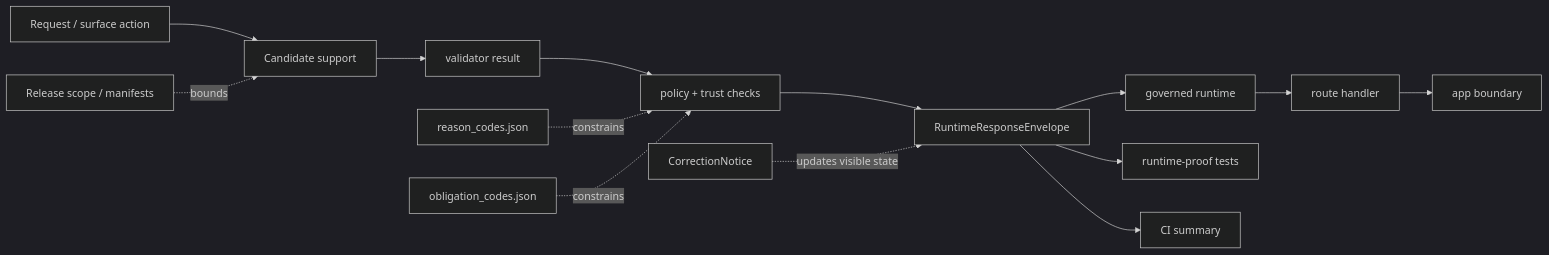
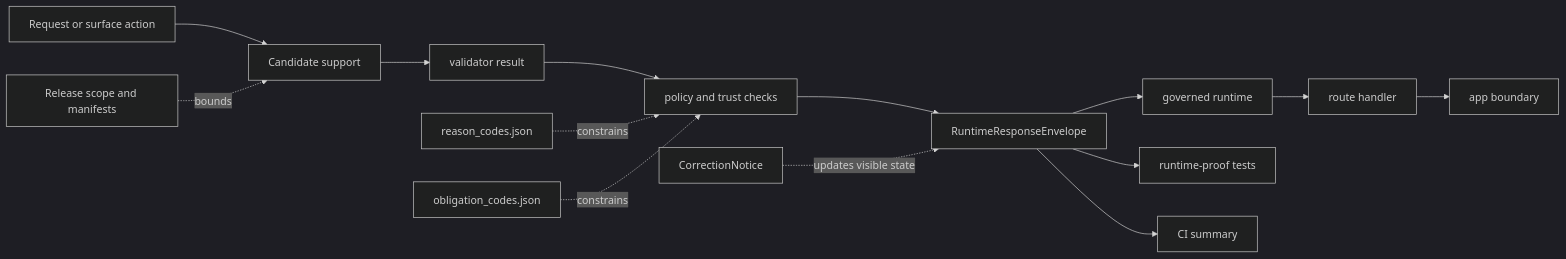
The diagram in schemas/contracts/v1/runtime/README.md (bartytime4life/Kansas-Frontier-Matrix), drawn with Mermaid (dark theme) before and after one commit. The commit also changed other lines of this file, not shown here.

````diff
--- a/schemas/contracts/v1/runtime/README.md
+++ b/schemas/contracts/v1/runtime/README.md
@@ -389,18 +402,18 @@
 ```mermaid
 flowchart LR
-    A[Request / surface action] --> B[Candidate support]
+    A[Request or surface action] --> B[Candidate support]
     B --> C[validator result]
-    C --> D[policy + trust checks]
+    C --> D[policy and trust checks]
     D --> E[RuntimeResponseEnvelope]
 
     E --> F[governed runtime]
     F --> G[route handler]
     G --> H[app boundary]
     E --> I[runtime-proof tests]
     E --> J[CI summary]
 
     K[reason_codes.json] -. constrains .-> D
     L[obligation_codes.json] -. constrains .-> D
-    M[Release scope / manifests] -. bounds .-> B
+    M[Release scope and manifests] -. bounds .-> B
     N[CorrectionNotice] -. updates visible state .-> E
 ```
````
